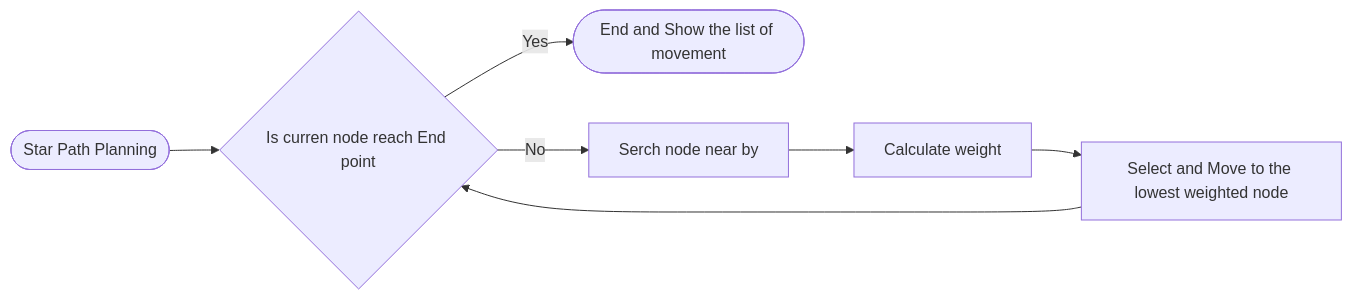
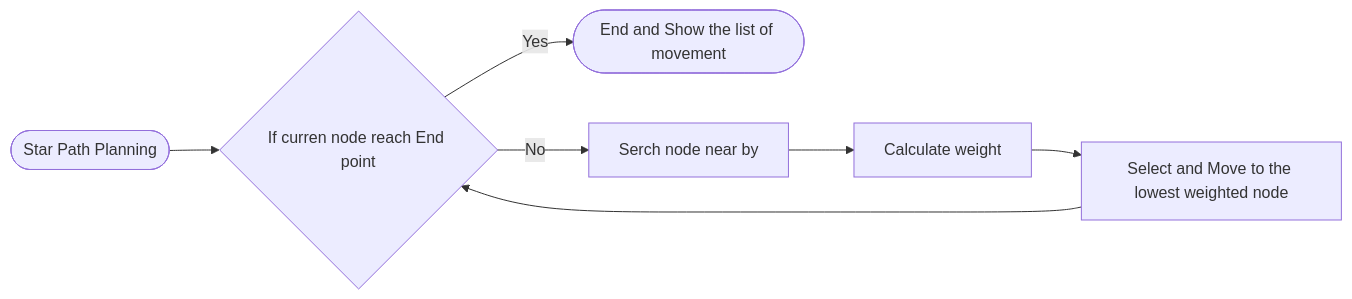
Before and after one commit to Ken11514/AAE2004_t1_GP8: the diagram in README.md, drawn with Mermaid.

````diff
--- a/README.md
+++ b/README.md
@@ -103,9 +103,9 @@
 ```mermaid
 flowchart LR;
-    A([Star Path Planning])-->B{Is curren node reach End point};
+    A([Star Path Planning])-->B{If curren node reach End point};
     B-->|Yes|F([End and Show the list of movement])
     B-->|No|C[Serch node near by]
     C-->D[Calculate weight]
     D-->E[Select and Move to the lowest weighted node]
     E-->B
 ```
````
